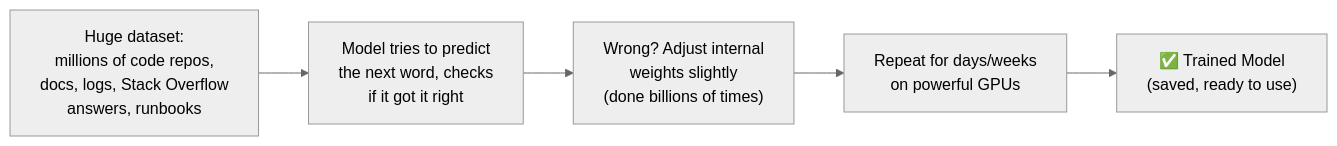
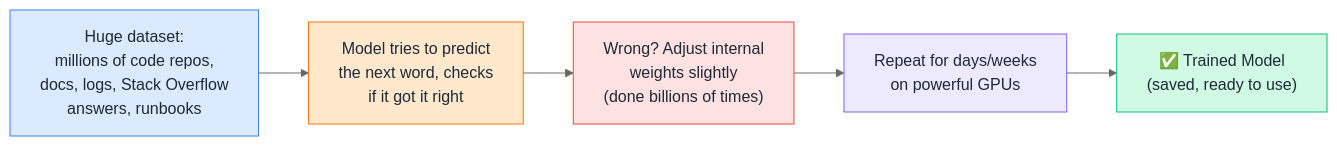
One commit to saghosh8/AI-For-DevOps changed the fourth of 7 diagrams in Week 1 — LLM & GenAI Foundations/Day 1 — AI ML GenAI Basics.md. Above: the diagram before and after it, drawn with Mermaid (neutral theme). The commit also changed other lines of this file, not shown here.

````diff
--- a/Week 1 — LLM & GenAI Foundations/Day 1 — AI ML GenAI Basics.md
+++ b/Week 1 — LLM & GenAI Foundations/Day 1 — AI ML GenAI Basics.md
@@ -84,7 +122,19 @@
 ```mermaid
 flowchart LR
     A["Huge dataset:\nmillions of code repos,\ndocs, logs, Stack Overflow\nanswers, runbooks"] --> B["Model tries to predict\nthe next word, checks\nif it got it right"]
     B --> C["Wrong? Adjust internal\nweights slightly\n(done billions of times)"]
     C --> D["Repeat for days/weeks\non powerful GPUs"]
     D --> E["✅ Trained Model\n(saved, ready to use)"]
+
+    classDef purple fill:#EDE9FE,stroke:#8B5CF6,color:#1F2937
+    classDef orange fill:#FFE8CC,stroke:#F97316,color:#1F2937
+    classDef green fill:#D1FAE5,stroke:#10B981,color:#1F2937
+    classDef blue fill:#DBEAFE,stroke:#3B82F6,color:#1F2937
+    classDef red fill:#FEE2E2,stroke:#EF4444,color:#1F2937
+
+    class A blue
+    class B orange
+    class C red
+    class D purple
+    class E green
 ```
````
